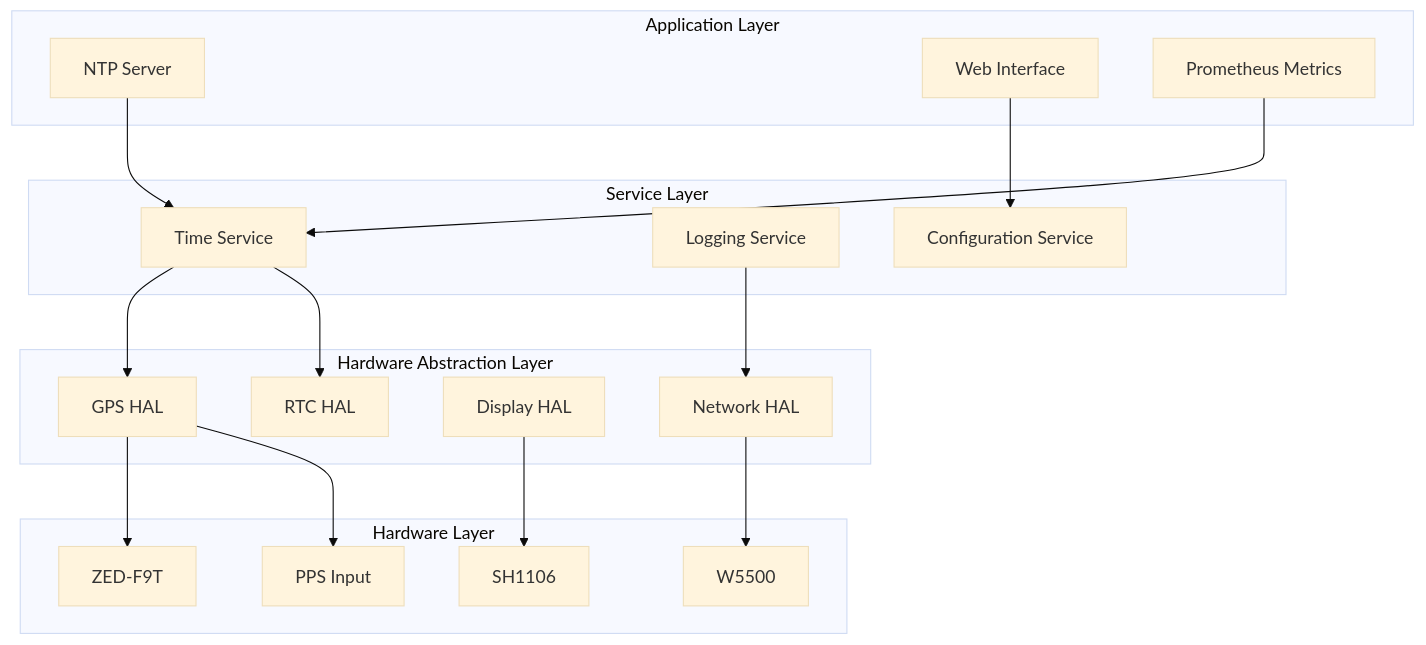
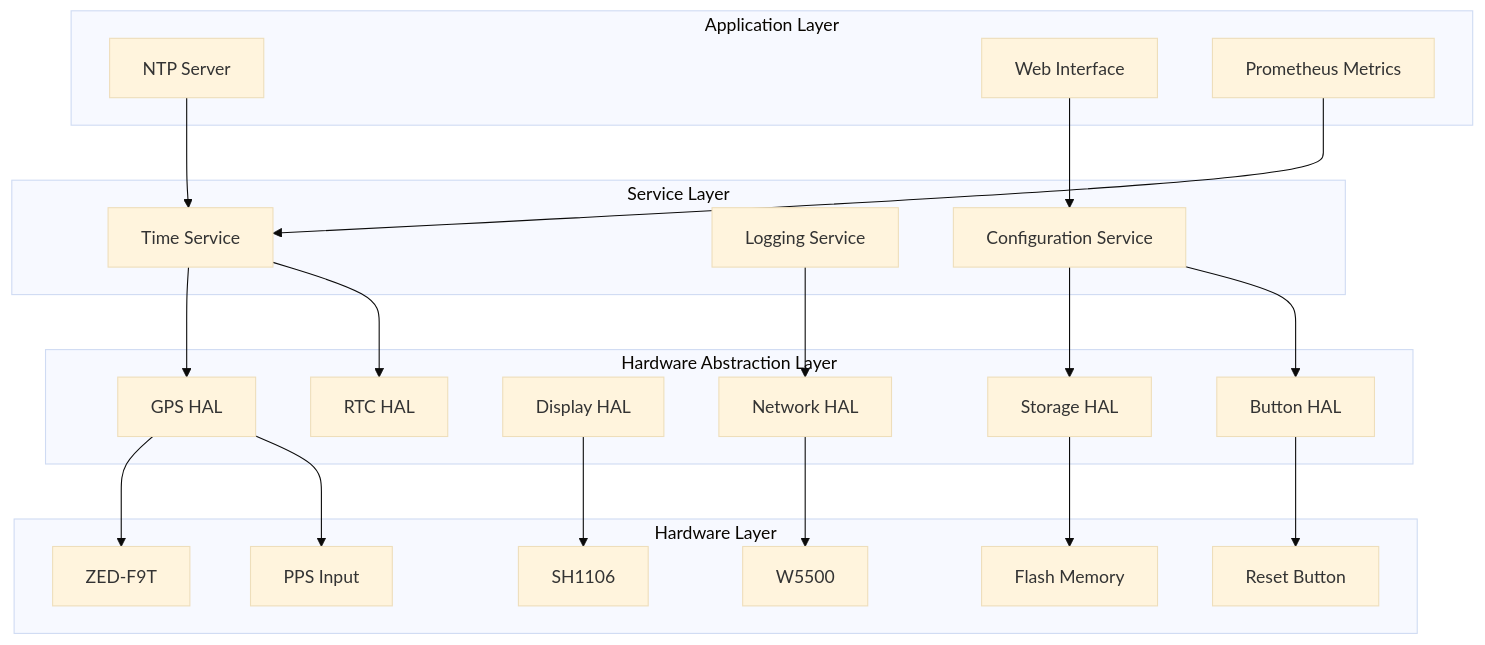
The second of 2 diagrams in ntp_gps_pico2/design.md (windschord/IoT_devices), drawn with Mermaid (base theme) before and after one commit. The commit also changed other lines of this file, not shown here.

````diff
--- a/ntp_gps_pico2/design.md
+++ b/ntp_gps_pico2/design.md
@@ -31,39 +31,47 @@
 ```mermaid
 graph TB
     subgraph "Application Layer"
         NTP[NTP Server]
         WEB[Web Interface]
         METRICS[Prometheus Metrics]
     end
     
     subgraph "Service Layer"
         TIME[Time Service]
         LOG[Logging Service]
         CONFIG[Configuration Service]
     end
     
     subgraph "Hardware Abstraction Layer"
         GPS_HAL[GPS HAL]
         NET_HAL[Network HAL]
         DISPLAY_HAL[Display HAL]
         RTC_HAL[RTC HAL]
+        BUTTON_HAL[Button HAL]
+        STORAGE_HAL[Storage HAL]
     end
     
     subgraph "Hardware Layer"
         GNSS_HW[ZED-F9T]
         W5500_HW[W5500]
         OLED_HW[SH1106]
         PPS_HW[PPS Input]
+        BUTTON_HW[Reset Button]
+        FLASH_HW[Flash Memory]
     end
     
     NTP --> TIME
     WEB --> CONFIG
     METRICS --> TIME
     TIME --> GPS_HAL
     TIME --> RTC_HAL
     LOG --> NET_HAL
+    CONFIG --> STORAGE_HAL
+    CONFIG --> BUTTON_HAL
     GPS_HAL --> GNSS_HW
     GPS_HAL --> PPS_HW
     NET_HAL --> W5500_HW
     DISPLAY_HAL --> OLED_HW
+    BUTTON_HAL --> BUTTON_HW
+    STORAGE_HAL --> FLASH_HW
 ```
````
